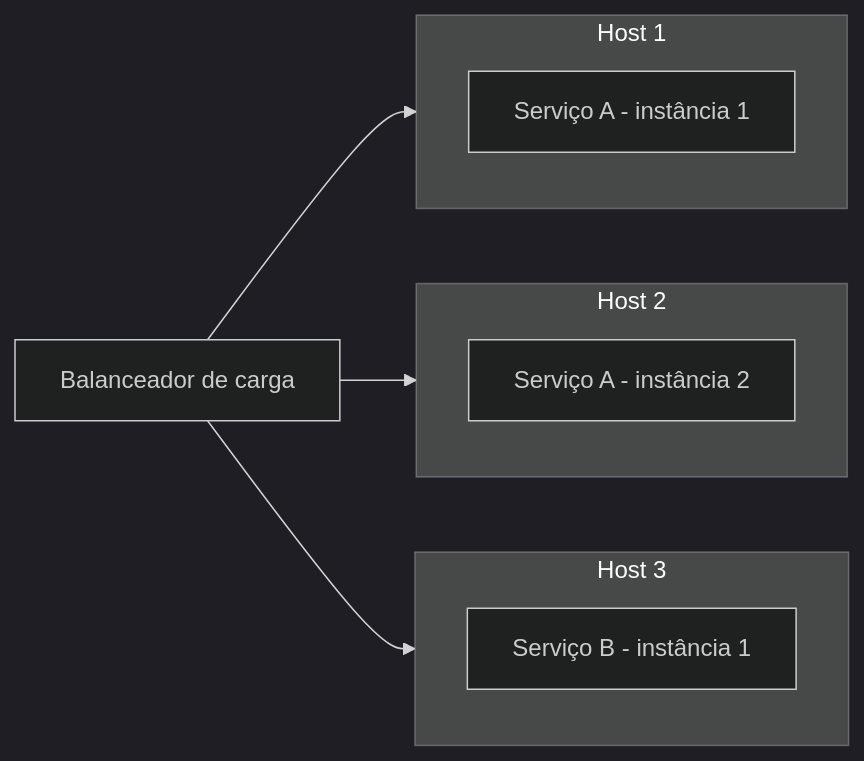
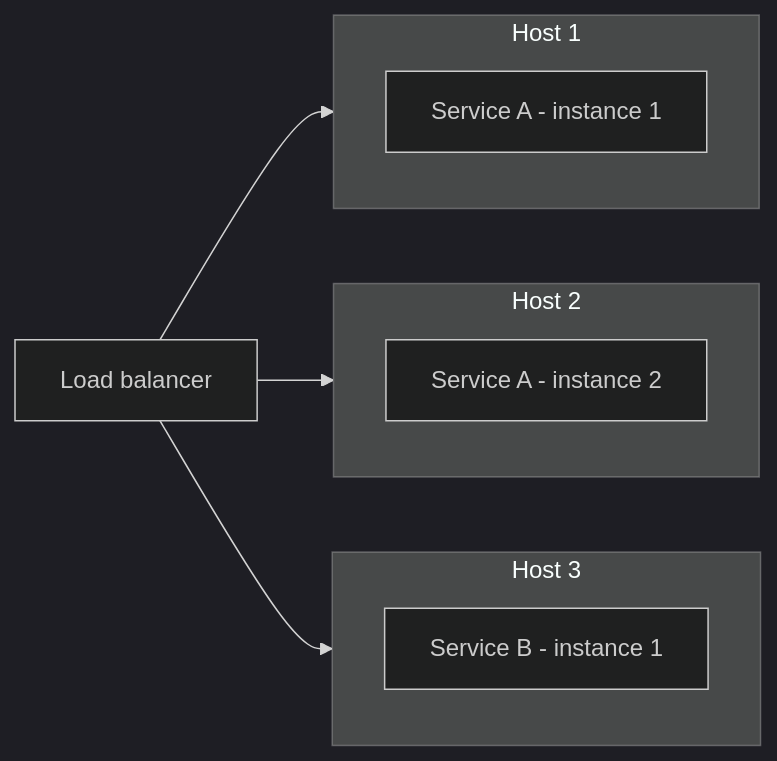
One commit to alancesar/design-patterns changed the diagram in docs/architecture/microservices/deployment/service-instance-per-host.md. Above: the diagram before and after it, drawn with Mermaid (dark theme). The commit also changed 258 other files, not shown here.

First line of the commit message:
Translate Mermaid diagrams to English

````diff
--- a/docs/architecture/microservices/deployment/service-instance-per-host.md
+++ b/docs/architecture/microservices/deployment/service-instance-per-host.md
@@ -52,15 +52,15 @@
 ```mermaid
 flowchart LR
-    LB["Balanceador de carga"] --> H1
+    LB["Load balancer"] --> H1
     LB --> H2
     LB --> H3
     subgraph H1["Host 1"]
-        A1["Serviço A - instância 1"]
+        A1["Service A - instance 1"]
     end
     subgraph H2["Host 2"]
-        A2["Serviço A - instância 2"]
+        A2["Service A - instance 2"]
     end
     subgraph H3["Host 3"]
-        B1["Serviço B - instância 1"]
+        B1["Service B - instance 1"]
     end
 ```
````
